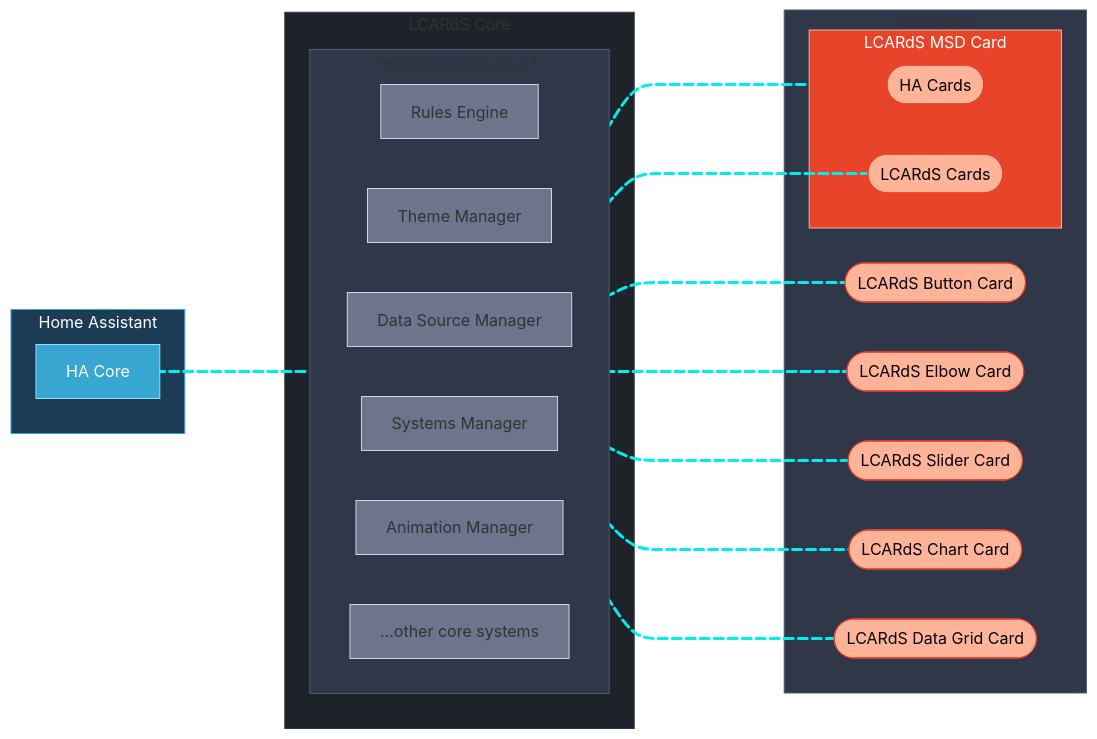
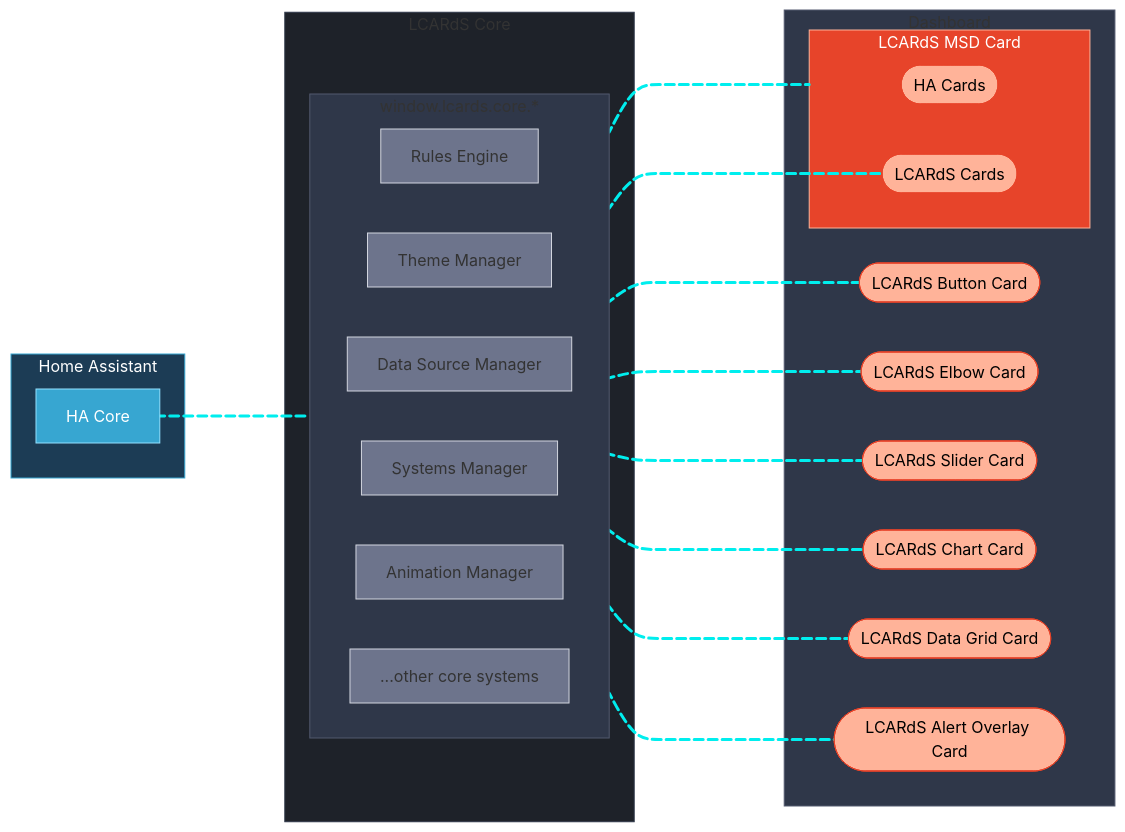
One commit to solhuebner/lcards changed the first of 2 diagrams in README.md. Above: the diagram before and after it, drawn with Mermaid. The commit also changed other lines of this file and 2 other files, not shown here.

````diff
--- a/README.md
+++ b/README.md
@@ -153,62 +200,65 @@
 ```mermaid
 graph LR
     subgraph HA["Home Assistant"]
         HACore[HA Core]
     end
 
     subgraph CORE["LCARdS Core"]
        subgraph CoreSystems["window.lcards.core.*"]
             direction LR
             CoreRules[Rules Engine]:::coreStyle
             CoreThemes[Theme Manager]:::coreStyle
             CoreData[Data Source Manager]:::coreStyle
             CoreSystemsMgr[Systems Manager]:::coreStyle
             CoreAnim[Animation Manager]:::coreStyle
             CoreOther[...other core systems]:::coreStyle
         end
     end
 
     subgraph DASHBOARD["Dashboard"]
         Button([LCARdS Button Card]):::lcardsStyle
         Elbow(["LCARdS Elbow Card"]):::lcardsStyle
         Slider([LCARdS Slider Card]):::lcardsStyle
         Chart([LCARdS Chart Card]):::lcardsStyle
         Grid([LCARdS Data Grid Card]):::lcardsStyle
+        AlertOverlay([LCARdS Alert Overlay Card]):::lcardsStyle
         subgraph MSD[LCARdS MSD Card]
             Card1([HA Cards]):::lcardsStyle
             MSDLCARdS([LCARdS Cards]):::lcardsStyle
         end
     end
 
     HACore 0@-..-CoreSystems
     CoreSystems 1@-...- Button
     CoreSystems 2@-.- Slider
     CoreSystems 3@-.- Chart
     CoreSystems 4@-.- Elbow
     CoreSystems 5@-.- Grid
-    CoreSystems 6@-.- MSD
-    CoreSystems 7@-.- MSDLCARdS
+    CoreSystems 6@-.- AlertOverlay
+    CoreSystems 7@-.- MSD
+    CoreSystems 8@-.- MSDLCARdS
 
     0@{ animate: slow }
     1@{ animate: slow }
     2@{ animate: slow }
     3@{ animate: slow }
     4@{ animate: slow }
     5@{ animate: slow }
     6@{ animate: slow }
     7@{ animate: slow }
+    8@{ animate: slow }
 
-    linkStyle 0,1,2,3,4,5,6,7 stroke:#00eeee,stroke-width:3px
+    linkStyle 0,1,2,3,4,5,6,7,8 stroke:#00eeee,stroke-width:3px
 
     classDef lcardsStyle fill:#ffb399,stroke:#e7442a,color:#000
     classDef coreStyle fill:#6d748c,stroke:#d2d5df
 
     style HA fill:#1c3c55,stroke:#37a6d1,color:#fff
     style HACore fill:#37a6d1,stroke:#93e1ff,color:#fff
 
     style CORE fill:#1e2229,stroke:#2f3749
     style CoreSystems fill:#2f3749,stroke:#52596e
 
     style DASHBOARD fill:#2f3749,stroke:#52596e
     style MSD fill:#e7442a,stroke:#ffb399,color:#fff
 ```
````
